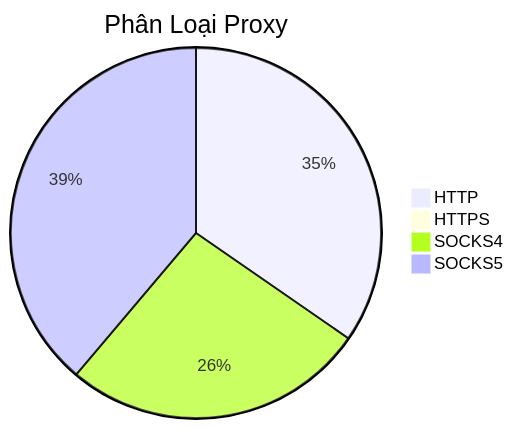
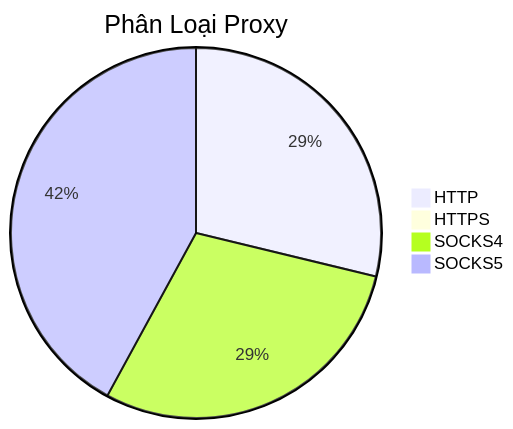
One commit to Ciara-12/PROXY-free changed the diagram in README.md. Above: the diagram before and after it, drawn with Mermaid. The commit also changed other lines of this file and 4 other files, not shown here.

````diff
--- a/README.md
+++ b/README.md
@@ -26,7 +26,7 @@
 ```mermaid
 pie title Phân Loại Proxy
-    "HTTP" : 347
+    "HTTP" : 299
     "HTTPS" : 2
-    "SOCKS4" : 266
-    "SOCKS5" : 389
+    "SOCKS4" : 303
+    "SOCKS5" : 437
 ```
````
